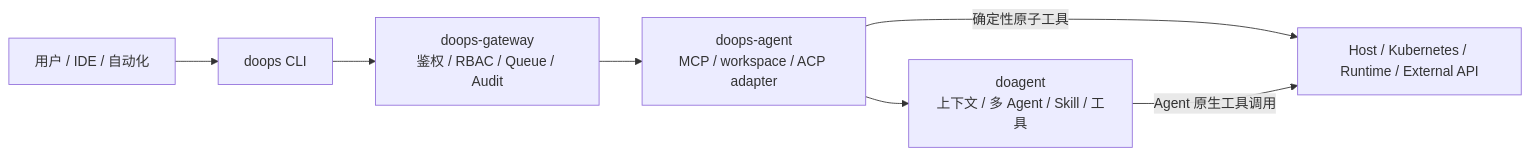
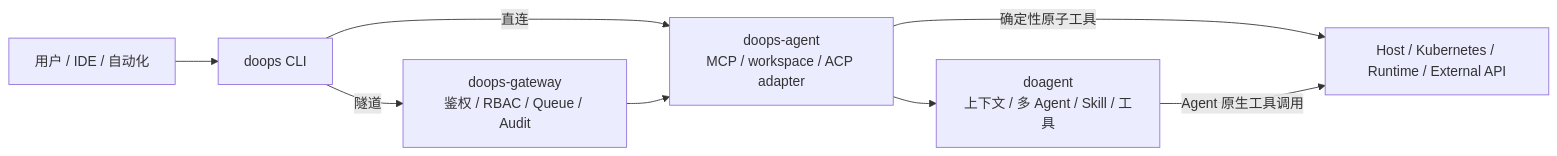
Before and after one commit to symansun/doops: the diagram in backend/docs/design/AI_Ops_System_Design.md, drawn with Mermaid. The commit also changed other lines of this file and 65 other files, not shown here.

````diff
--- a/backend/docs/design/AI_Ops_System_Design.md
+++ b/backend/docs/design/AI_Ops_System_Design.md
@@ -12,16 +12,17 @@
 ```mermaid
 flowchart LR
     USER["用户 / IDE / 自动化"]
     CLI["doops CLI"]
     GW["doops-gateway\n鉴权 / RBAC / Queue / Audit"]
     EDGE["doops-agent\nMCP / workspace / ACP adapter"]
     ENGINE["doagent\n上下文 / 多 Agent / Skill / 工具"]
     TARGET["Host / Kubernetes / Runtime / External API"]
 
     USER --> CLI
-    CLI --> GW
+    CLI -->|"直连"| EDGE
+    CLI -->|"隧道"| GW
     GW --> EDGE
     EDGE --> ENGINE
     EDGE -->|"确定性原子工具"| TARGET
     ENGINE -->|"Agent 原生工具调用"| TARGET
 ```
````
